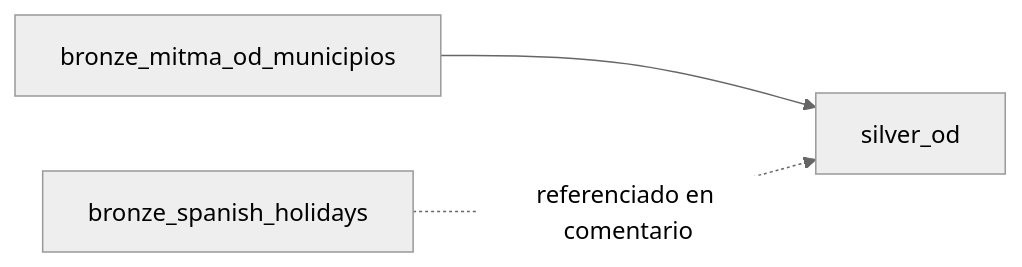
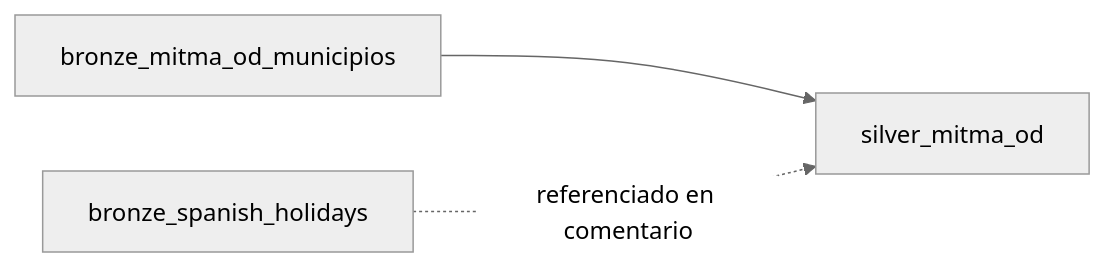
Before and after one commit to bgramaje/muceim-airflow: the third of 10 diagrams in docs/bronze_to_silver_transformations.md, drawn with Mermaid (neutral theme). The commit also changed other lines of this file and 19 other files, not shown here.

````diff
--- a/docs/bronze_to_silver_transformations.md
+++ b/docs/bronze_to_silver_transformations.md
@@ -68,5 +68,5 @@
 ```mermaid
 flowchart LR
-  B[bronze_mitma_od_municipios] --> S[silver_od]
+  B[bronze_mitma_od_municipios] --> S[silver_mitma_od]
   H[bronze_spanish_holidays] -. referenciado en comentario .-> S
 ```
````
